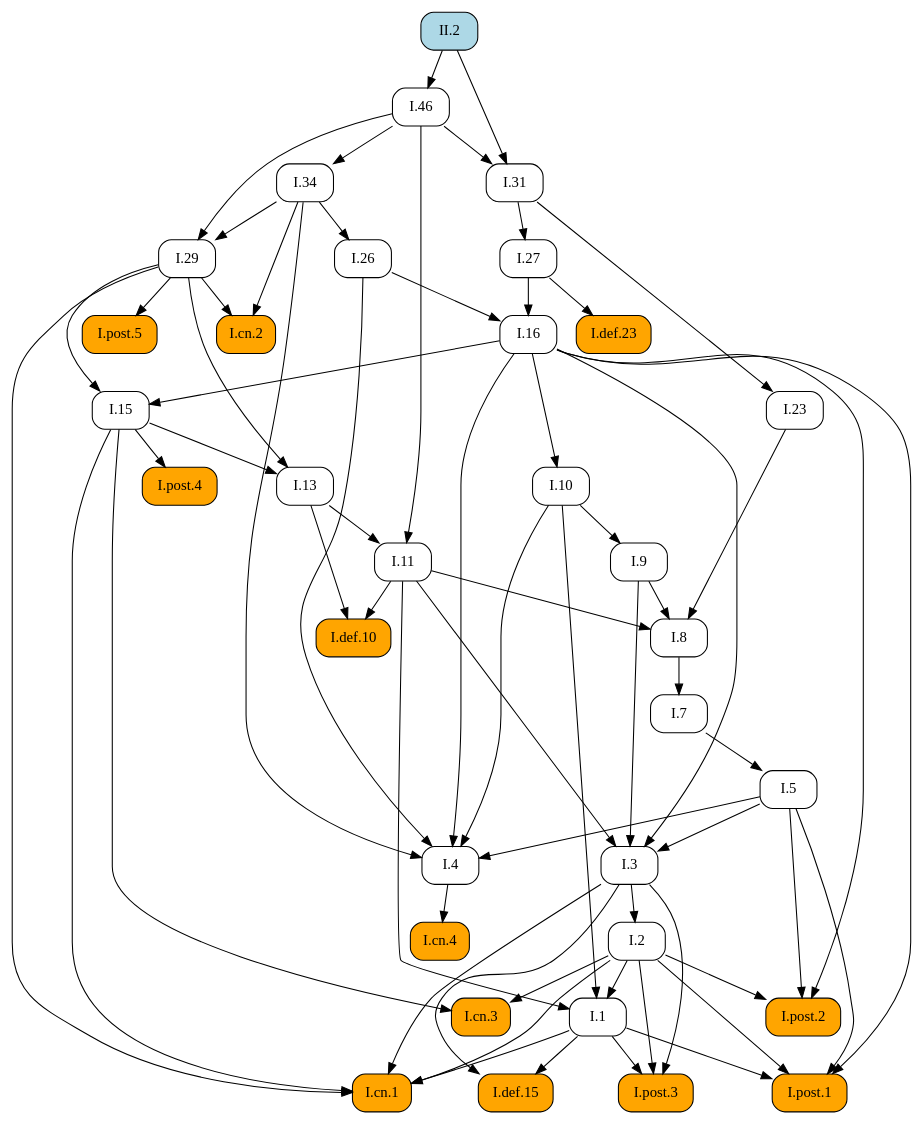
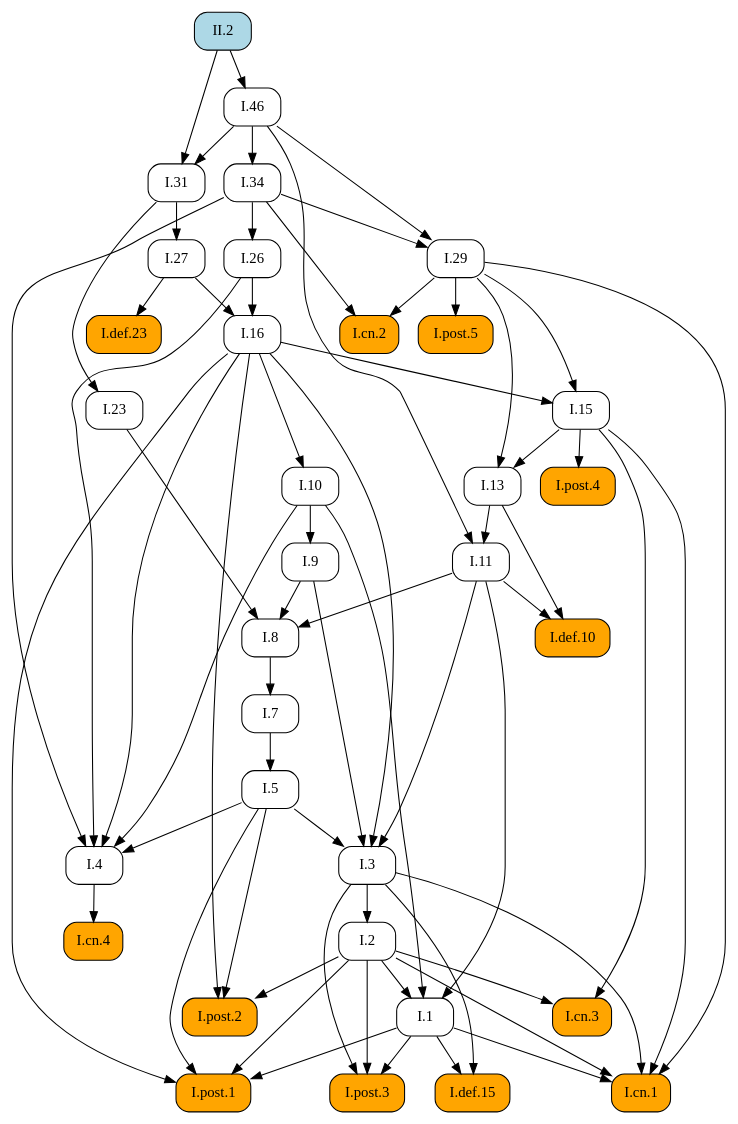
The diagram in docsrc/elements2/II/2/index.rst (geometor/elements), drawn with Graphviz before and after one commit. The commit also changed other lines of this file and 171 other files, not shown here.

```diff
--- a/docsrc/elements2/II/2/index.rst
+++ b/docsrc/elements2/II/2/index.rst
@@ -46,101 +46,101 @@
    digraph {
      rankdir="TB";
      node [shape=box, style=rounded];
+     "I.8" [URL="/elements2/I/8/", target="_top"];
+     "I.46" [URL="/elements2/I/46/", target="_top"];
+     "I.post.1" [style="rounded,filled", fillcolor=orange, URL="/elements2/I/post.1/", target="_top"];
+     "I.5" [URL="/elements2/I/5/", target="_top"];
+     "I.post.5" [style="rounded,filled", fillcolor=orange, URL="/elements2/I/post.5/", target="_top"];
      "I.def.10" [style="rounded,filled", fillcolor=orange, URL="/elements2/I/def.10/", target="_top"];
-     "I.46" [URL="/elements2/I/46/", target="_top"];
+     "I.cn.2" [style="rounded,filled", fillcolor=orange, URL="/elements2/I/cn.2/", target="_top"];
+     "I.def.15" [style="rounded,filled", fillcolor=orange, URL="/elements2/I/def.15/", target="_top"];
+     "I.31" [URL="/elements2/I/31/", target="_top"];
+     "I.11" [URL="/elements2/I/11/", target="_top"];
+     "I.3" [URL="/elements2/I/3/", target="_top"];
+     "I.def.23" [style="rounded,filled", fillcolor=orange, URL="/elements2/I/def.23/", target="_top"];
+     "I.post.2" [style="rounded,filled", fillcolor=orange, URL="/elements2/I/post.2/", target="_top"];
+     "I.26" [URL="/elements2/I/26/", target="_top"];
+     "II.2" [style="rounded,filled", fillcolor=lightblue, URL="/elements2/II/2/", target="_top"];
+     "I.1" [URL="/elements2/I/1/", target="_top"];
+     "I.cn.3" [style="rounded,filled", fillcolor=orange, URL="/elements2/I/cn.3/", target="_top"];
+     "I.cn.4" [style="rounded,filled", fillcolor=orange, URL="/elements2/I/cn.4/", target="_top"];
+     "I.7" [URL="/elements2/I/7/", target="_top"];
+     "I.9" [URL="/elements2/I/9/", target="_top"];
+     "I.cn.1" [style="rounded,filled", fillcolor=orange, URL="/elements2/I/cn.1/", target="_top"];
+     "I.29" [URL="/elements2/I/29/", target="_top"];
+     "I.16" [URL="/elements2/I/16/", target="_top"];
+     "I.post.4" [style="rounded,filled", fillcolor=orange, URL="/elements2/I/post.4/", target="_top"];
+     "I.13" [URL="/elements2/I/13/", target="_top"];
+     "I.2" [URL="/elements2/I/2/", target="_top"];
+     "I.27" [URL="/elements2/I/27/", target="_top"];
+     "I.4" [URL="/elements2/I/4/", target="_top"];
+     "I.10" [URL="/elements2/I/10/", target="_top"];
+     "I.15" [URL="/elements2/I/15/", target="_top"];
      "I.34" [URL="/elements2/I/34/", target="_top"];
-     "I.def.15" [style="rounded,filled", fillcolor=orange, URL="/elements2/I/def.15/", target="_top"];
-     "I.cn.4" [style="rounded,filled", fillcolor=orange, URL="/elements2/I/cn.4/", target="_top"];
+     "I.23" [URL="/elements2/I/23/", target="_top"];
      "I.post.3" [style="rounded,filled", fillcolor=orange, URL="/elements2/I/post.3/", target="_top"];
-     "I.27" [URL="/elements2/I/27/", target="_top"];
-     "I.post.2" [style="rounded,filled", fillcolor=orange, URL="/elements2/I/post.2/", target="_top"];
-     "I.13" [URL="/elements2/I/13/", target="_top"];
-     "I.10" [URL="/elements2/I/10/", target="_top"];
-     "I.post.1" [style="rounded,filled", fillcolor=orange, URL="/elements2/I/post.1/", target="_top"];
-     "I.7" [URL="/elements2/I/7/", target="_top"];
-     "I.11" [URL="/elements2/I/11/", target="_top"];
-     "I.4" [URL="/elements2/I/4/", target="_top"];
-     "I.16" [URL="/elements2/I/16/", target="_top"];
-     "I.def.23" [style="rounded,filled", fillcolor=orange, URL="/elements2/I/def.23/", target="_top"];
-     "I.9" [URL="/elements2/I/9/", target="_top"];
-     "I.8" [URL="/elements2/I/8/", target="_top"];
-     "I.cn.2" [style="rounded,filled", fillcolor=orange, URL="/elements2/I/cn.2/", target="_top"];
-     "I.23" [URL="/elements2/I/23/", target="_top"];
-     "I.15" [URL="/elements2/I/15/", target="_top"];
-     "I.post.5" [style="rounded,filled", fillcolor=orange, URL="/elements2/I/post.5/", target="_top"];
-     "I.26" [URL="/elements2/I/26/", target="_top"];
-     "I.2" [URL="/elements2/I/2/", target="_top"];
-     "I.1" [URL="/elements2/I/1/", target="_top"];
-     "I.31" [URL="/elements2/I/31/", target="_top"];
-     "I.post.4" [style="rounded,filled", fillcolor=orange, URL="/elements2/I/post.4/", target="_top"];
-     "I.cn.1" [style="rounded,filled", fillcolor=orange, URL="/elements2/I/cn.1/", target="_top"];
-     "I.3" [URL="/elements2/I/3/", target="_top"];
-     "I.cn.3" [style="rounded,filled", fillcolor=orange, URL="/elements2/I/cn.3/", target="_top"];
-     "I.29" [URL="/elements2/I/29/", target="_top"];
-     "II.2" [style="rounded,filled", fillcolor=lightblue, URL="/elements2/II/2/", target="_top"];
-     "I.5" [URL="/elements2/I/5/", target="_top"];
-     "I.11" -> "I.def.10";
-     "I.13" -> "I.def.10";
+     "I.9" -> "I.8";
+     "I.11" -> "I.8";
+     "I.23" -> "I.8";
      "II.2" -> "I.46";
-     "I.46" -> "I.34";
-     "I.1" -> "I.def.15";
-     "I.3" -> "I.def.15";
-     "I.4" -> "I.cn.4";
-     "I.1" -> "I.post.3";
-     "I.2" -> "I.post.3";
-     "I.3" -> "I.post.3";
-     "I.31" -> "I.27";
-     "I.2" -> "I.post.2";
-     "I.5" -> "I.post.2";
-     "I.16" -> "I.post.2";
-     "I.15" -> "I.13";
-     "I.29" -> "I.13";
-     "I.16" -> "I.10";
      "I.1" -> "I.post.1";
      "I.2" -> "I.post.1";
      "I.5" -> "I.post.1";
      "I.16" -> "I.post.1";
-     "I.8" -> "I.7";
+     "I.7" -> "I.5";
+     "I.29" -> "I.post.5";
+     "I.11" -> "I.def.10";
+     "I.13" -> "I.def.10";
+     "I.29" -> "I.cn.2";
+     "I.34" -> "I.cn.2";
+     "I.1" -> "I.def.15";
+     "I.3" -> "I.def.15";
+     "I.46" -> "I.31";
+     "II.2" -> "I.31";
      "I.13" -> "I.11";
      "I.46" -> "I.11";
+     "I.5" -> "I.3";
+     "I.9" -> "I.3";
+     "I.11" -> "I.3";
+     "I.16" -> "I.3";
+     "I.27" -> "I.def.23";
+     "I.2" -> "I.post.2";
+     "I.5" -> "I.post.2";
+     "I.16" -> "I.post.2";
+     "I.34" -> "I.26";
+     "I.2" -> "I.1";
+     "I.10" -> "I.1";
+     "I.11" -> "I.1";
+     "I.2" -> "I.cn.3";
+     "I.15" -> "I.cn.3";
+     "I.4" -> "I.cn.4";
+     "I.8" -> "I.7";
+     "I.10" -> "I.9";
+     "I.1" -> "I.cn.1";
+     "I.2" -> "I.cn.1";
+     "I.3" -> "I.cn.1";
+     "I.15" -> "I.cn.1";
+     "I.29" -> "I.cn.1";
+     "I.34" -> "I.29";
+     "I.46" -> "I.29";
+     "I.26" -> "I.16";
+     "I.27" -> "I.16";
+     "I.15" -> "I.post.4";
+     "I.15" -> "I.13";
+     "I.29" -> "I.13";
+     "I.3" -> "I.2";
+     "I.31" -> "I.27";
      "I.5" -> "I.4";
      "I.10" -> "I.4";
      "I.16" -> "I.4";
      "I.26" -> "I.4";
      "I.34" -> "I.4";
-     "I.26" -> "I.16";
-     "I.27" -> "I.16";
-     "I.27" -> "I.def.23";
-     "I.10" -> "I.9";
-     "I.9" -> "I.8";
-     "I.11" -> "I.8";
-     "I.23" -> "I.8";
-     "I.29" -> "I.cn.2";
-     "I.34" -> "I.cn.2";
-     "I.31" -> "I.23";
+     "I.16" -> "I.10";
      "I.16" -> "I.15";
      "I.29" -> "I.15";
-     "I.29" -> "I.post.5";
-     "I.34" -> "I.26";
-     "I.3" -> "I.2";
-     "I.2" -> "I.1";
-     "I.10" -> "I.1";
-     "I.11" -> "I.1";
-     "I.46" -> "I.31";
-     "II.2" -> "I.31";
-     "I.15" -> "I.post.4";
-     "I.1" -> "I.cn.1";
-     "I.2" -> "I.cn.1";
-     "I.3" -> "I.cn.1";
-     "I.15" -> "I.cn.1";
-     "I.29" -> "I.cn.1";
-     "I.5" -> "I.3";
-     "I.9" -> "I.3";
-     "I.11" -> "I.3";
-     "I.16" -> "I.3";
-     "I.2" -> "I.cn.3";
-     "I.15" -> "I.cn.3";
-     "I.34" -> "I.29";
-     "I.46" -> "I.29";
-     "I.7" -> "I.5";
+     "I.46" -> "I.34";
+     "I.31" -> "I.23";
+     "I.1" -> "I.post.3";
+     "I.2" -> "I.post.3";
+     "I.3" -> "I.post.3";
    }
```
